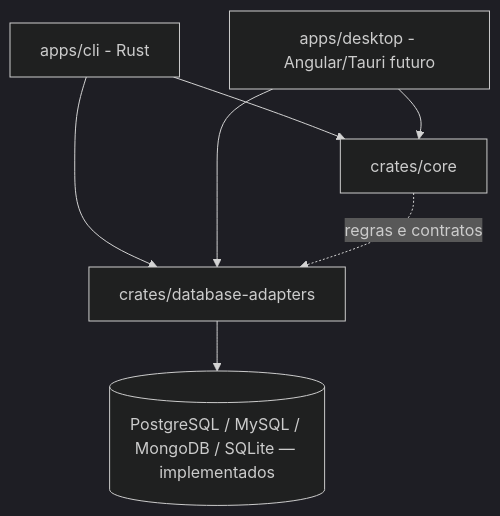
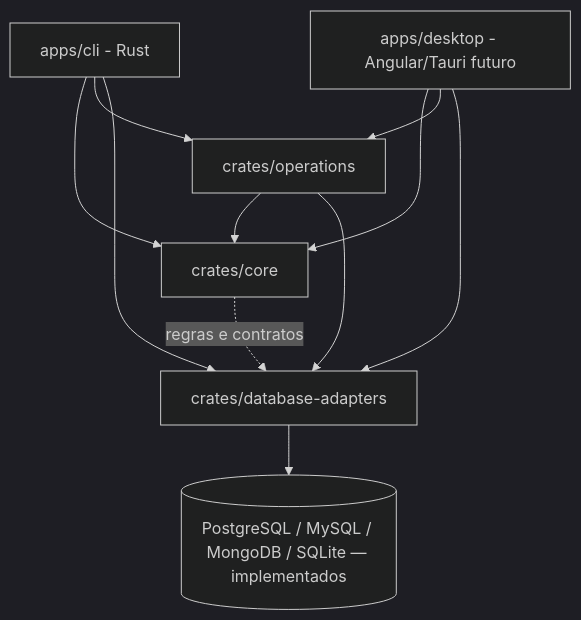
Before and after one commit to aqu1no1/database-backup-utility: the first of 2 diagrams in docs/arquitetura.md, drawn with Mermaid (dark theme). The commit also changed other lines of this file and 23 other files, not shown here.

Commit message:
refactor(operations): extract PostgreSQL backup and restore from the CLI (DB-44)

````diff
--- a/docs/arquitetura.md
+++ b/docs/arquitetura.md
@@ -3,9 +3,13 @@
 ```mermaid
 flowchart TD
   CLI[apps/cli - Rust] --> CORE[crates/core]
   DESKTOP[apps/desktop - Angular/Tauri futuro] --> CORE
+  CLI --> OPS[crates/operations]
+  DESKTOP --> OPS
+  OPS --> CORE
+  OPS --> ADAPTERS
   CLI --> ADAPTERS[crates/database-adapters]
   DESKTOP --> ADAPTERS
   ADAPTERS --> DB[(PostgreSQL / MySQL / MongoDB / SQLite — implementados)]
   CORE -. regras e contratos .-> ADAPTERS
 ```
````
